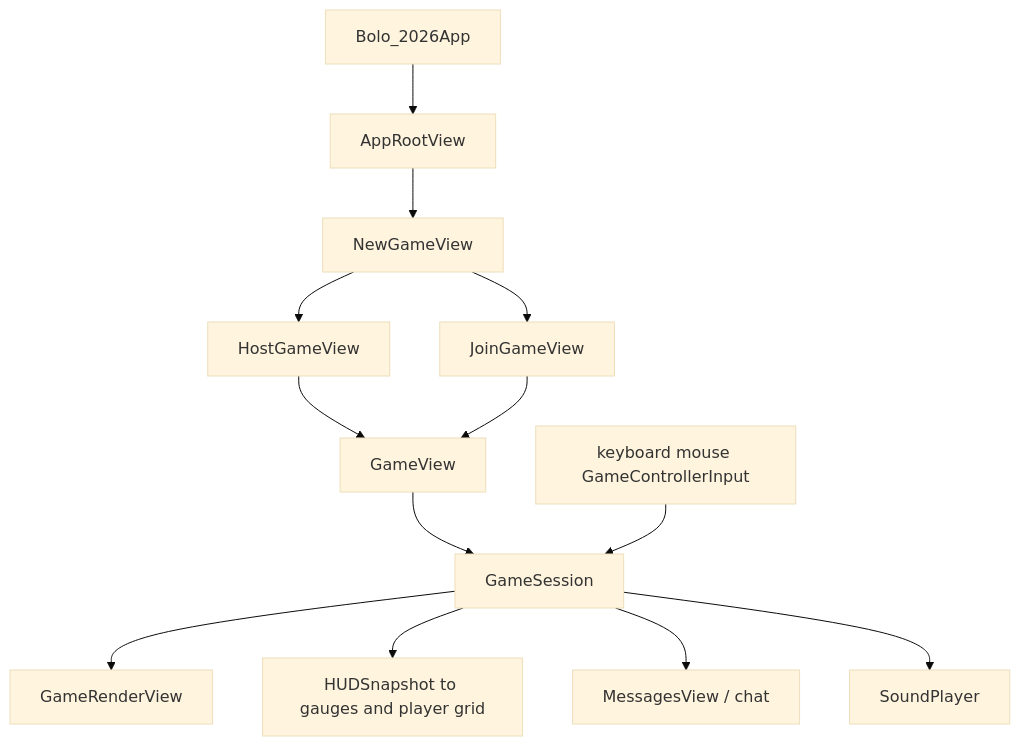
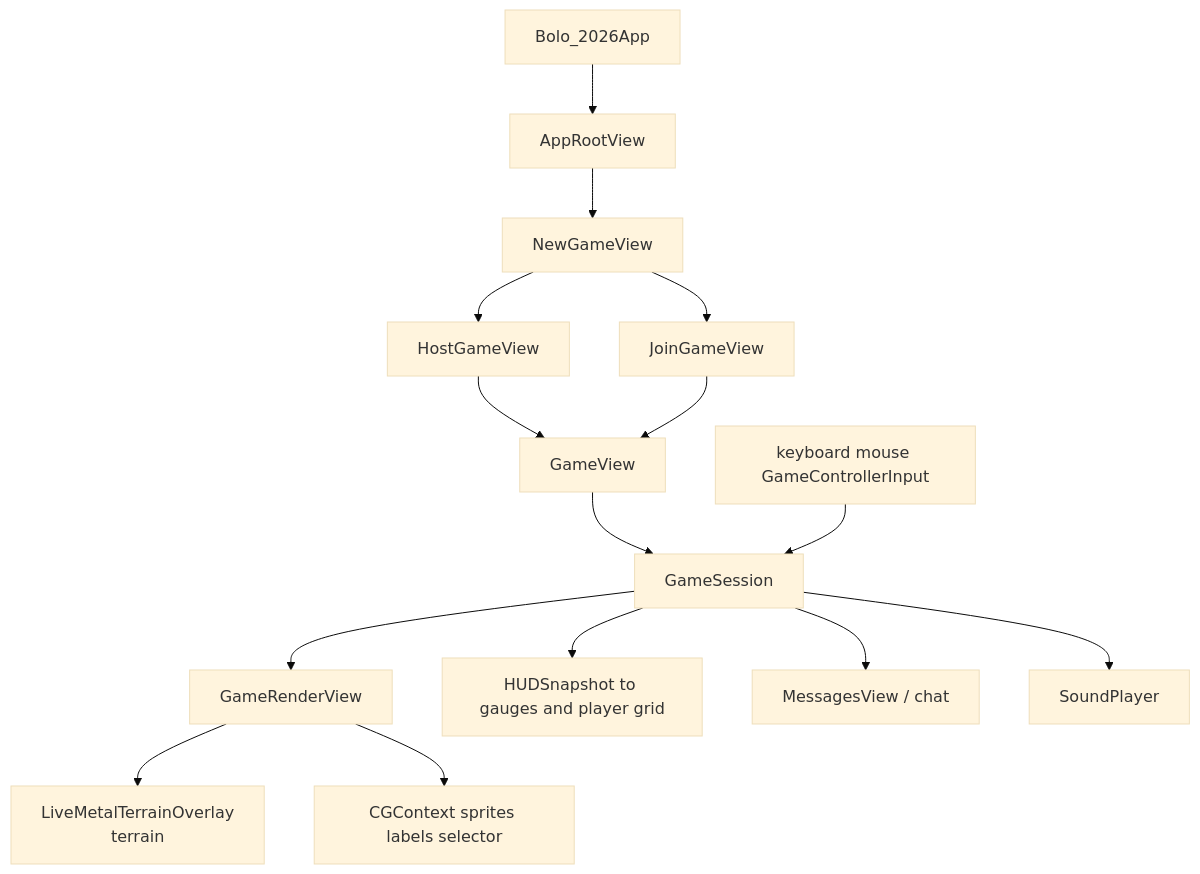
The seventh of 8 diagrams in docs/WIRING.md (CosmicCEO/BoloKit), drawn with Mermaid (base theme) before and after one commit. The commit also changed other lines of this file, not shown here.

First line of the commit message:
docs: refresh WIRING.md for Metal, host simulation, and sound

````diff
--- a/docs/WIRING.md
+++ b/docs/WIRING.md
@@ -209,15 +227,17 @@
 ```mermaid
 flowchart TB
   APP["Bolo_2026App"] --> ROOT["AppRootView"]
   ROOT --> NEW["NewGameView"]
   NEW --> HOSTV["HostGameView"]
   NEW --> JOINV["JoinGameView"]
   HOSTV --> GV["GameView"]
   JOINV --> GV
   GV --> GS["GameSession"]
   GS --> GRV["GameRenderView"]
+  GRV --> OV2["LiveMetalTerrainOverlay<br/>terrain"]
+  GRV --> CG2["CGContext sprites labels selector"]
   GS --> HUD["HUDSnapshot to gauges and player grid"]
   GS --> MSG["MessagesView / chat"]
   GS --> SP["SoundPlayer"]
   INPUT["keyboard mouse GameControllerInput"] --> GS
 ```
````
